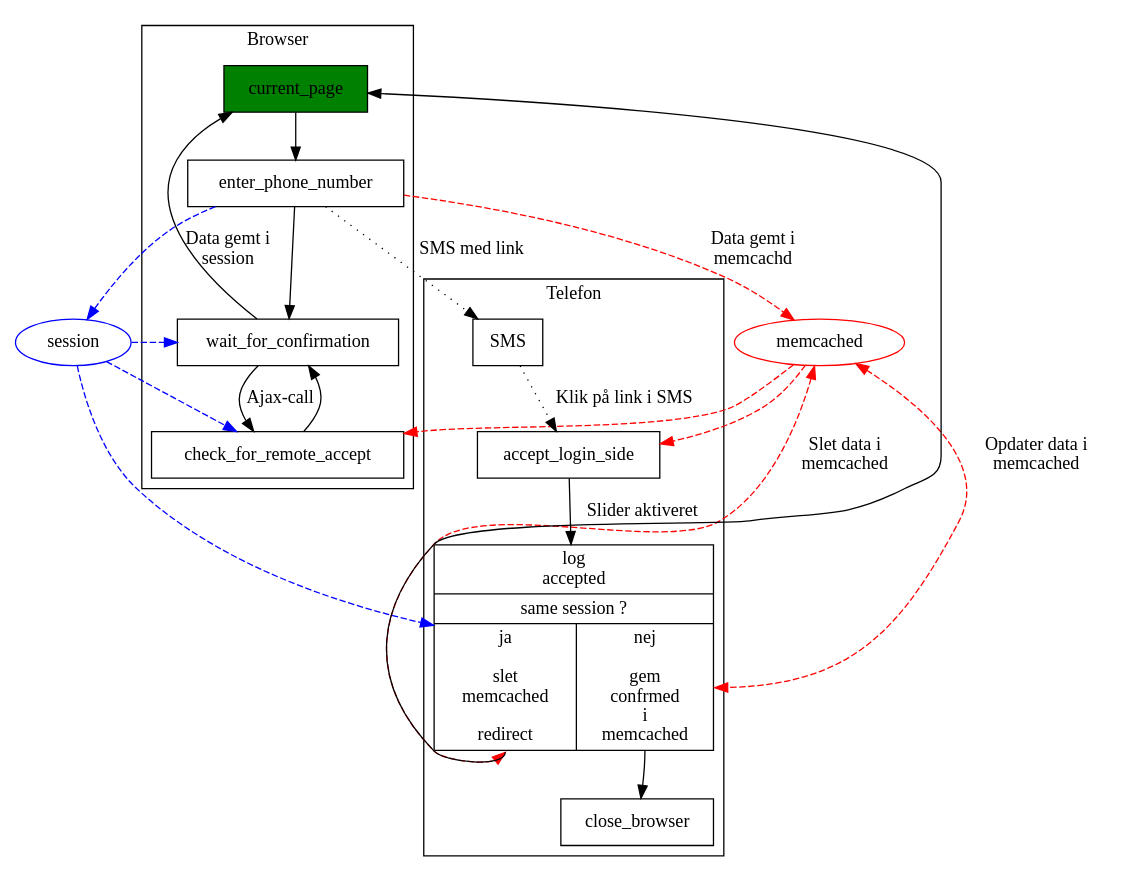
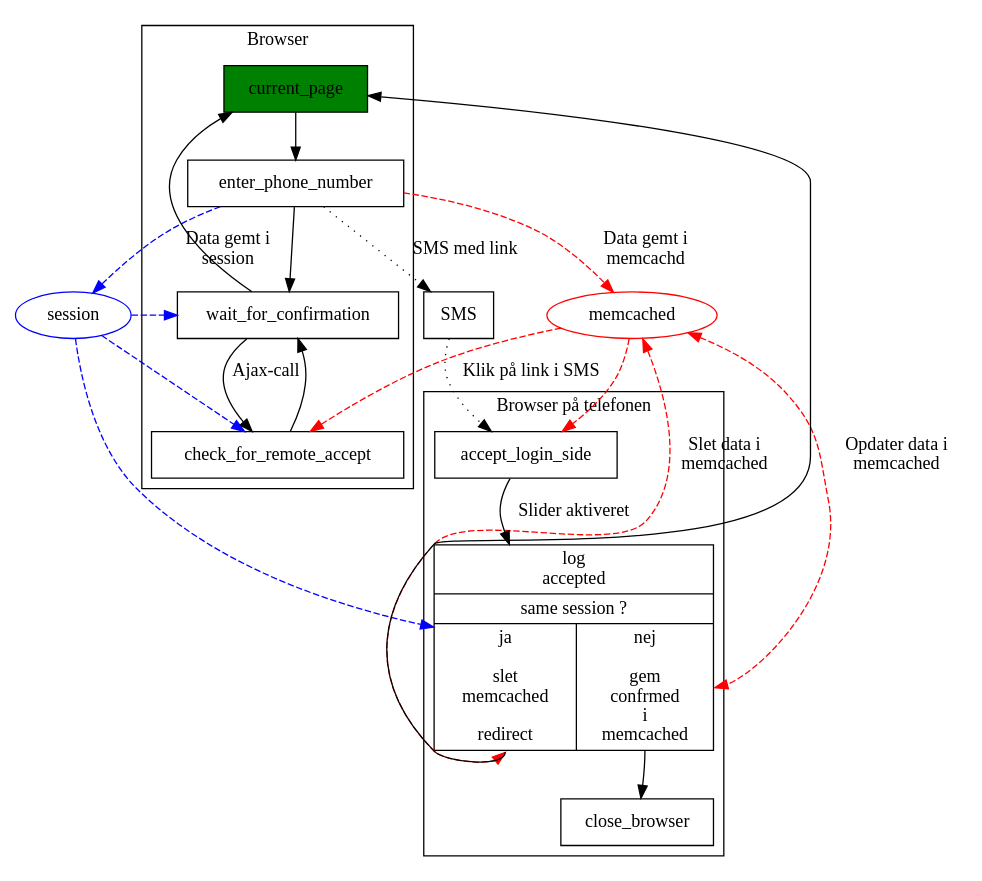
Before and after one commit to alslug/alslug.dk: the diagram in projekter/sms-login.dot, drawn with Graphviz.

```diff
--- a/projekter/sms-login.dot
+++ b/projekter/sms-login.dot
@@ -1,35 +1,38 @@
 digraph xxx {
   node [ shape=box ];
   {
     edge [ style=dashed color=red ];
     enter_phone_number -> memcached [ label="Data gemt i \nmemcachd"]; /////
                           memcached [ shape=ellipse color=red ];
                           memcached -> check_for_remote_accept;
                           memcached -> accept_login_side;
                           memcached -> login_accepted:ja [ label = "Slet data i \nmemcached" dir=both ];
                           memcached -> login_accepted:nej [ label = "Opdater data i \nmemcached" dir=both ];
     edge [ style=dashed color=blue ];
         enter_phone_number -> session [ label="Data gemt i \nsession"];    /////
                               session [ shape=ellipse color=blue ];
                               session -> wait_for_confirmation;
                               session -> check_for_remote_accept;
                               session -> login_accepted;
   }
   subgraph cluster_browser {
     label = "Browser";
     current_page [ style=filled fillcolor=green ];
     current_page -> enter_phone_number -> wait_for_confirmation;
                                           wait_for_confirmation -> check_for_remote_accept [ label="Ajax-call" ];
                                           wait_for_confirmation -> check_for_remote_accept [ dir=back ];
     current_page -> wait_for_confirmation [ dir=back ];
   }
   subgraph cluster_telefon {
-    label = "Telefon";
+    label = "Browser på telefonen";
     login_accepted [ shape=record label="{log \n accepted | same session ?|{ <ja> ja \n \n slet \n memcached \n \n redirect | <nej> nej \n \n gem \n confrmed \n i \n memcached}}" ];
-    SMS -> accept_login_side [ style=dotted label="Klik på link i SMS" ];
-           accept_login_side -> login_accepted [ label="Slider aktiveret" ];
-           current_page -> login_accepted:ja [ dir=back ];
-                           login_accepted:nej -> close_browser;
+    accept_login_side -> login_accepted [ label="Slider aktiveret" ];
+    current_page -> login_accepted:ja [ dir=back ];
+                    login_accepted:nej -> close_browser;
   }
-  enter_phone_number -> SMS [ style= dotted label="SMS med link"];
+  {
+    edge [ style= dotted ];
+    enter_phone_number -> SMS [ label="SMS med link"];
+    SMS -> accept_login_side [ label="Klik på link i SMS" ];
+  }
 }
```
